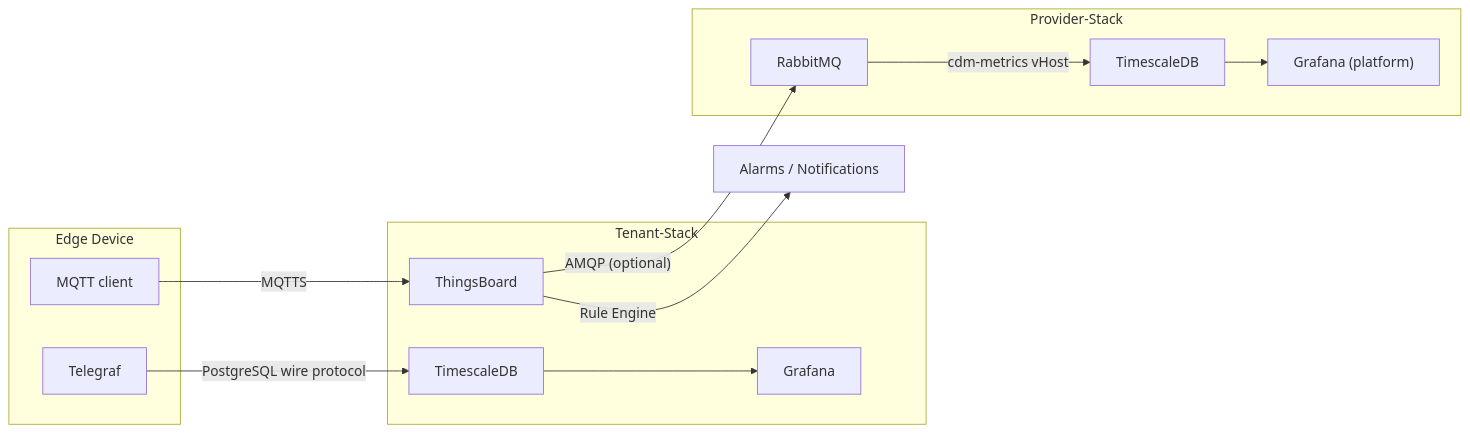
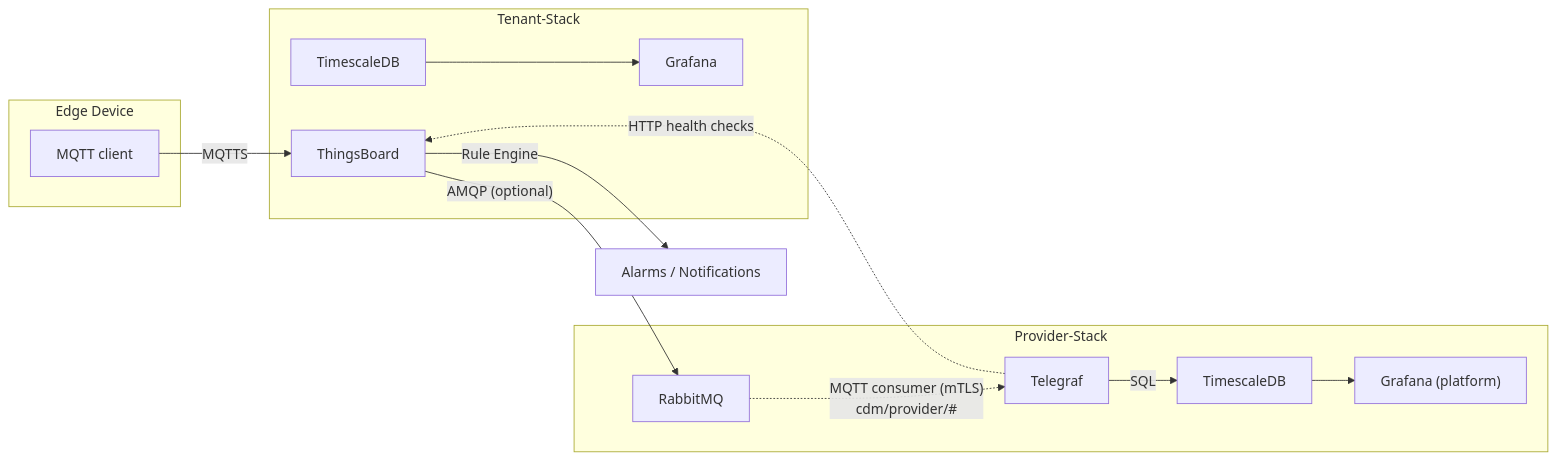
The diagram in docs/workflows/monitoring.md (the78mole/complete-device-management), drawn with Mermaid before and after one commit. The commit also changed other lines of this file and 8 other files, not shown here.

````diff
--- a/docs/workflows/monitoring.md
+++ b/docs/workflows/monitoring.md
@@ -10,27 +10,28 @@
 ```mermaid
 graph LR
     subgraph edge[Edge Device]
-        TEL[Telegraf]
         MQC[MQTT client]
     end
 
     subgraph tenant[Tenant-Stack]
         TB[ThingsBoard]
         TSDB_T[TimescaleDB]
         GRF_T[Grafana]
         TSDB_T --> GRF_T
     end
 
     subgraph provider[Provider-Stack]
         RMQ[RabbitMQ]
+        TLG[Telegraf]
         TSDB_P[TimescaleDB]
         GRF_P["Grafana (platform)"]
         TSDB_P --> GRF_P
     end
 
-    TEL -->|"PostgreSQL wire protocol"| TSDB_T
     MQC -->|MQTTS| TB
     TB -->|Rule Engine| ALM["Alarms / Notifications"]
     TB -->|"AMQP (optional)"| RMQ
-    RMQ -->|cdm-metrics vHost| TSDB_P
+    RMQ -.->|"MQTT consumer (mTLS)\ncdm/provider/#"| TLG
+    TLG -->|SQL| TSDB_P
+    TLG -.->|"HTTP health checks"| TB
 ```
````
